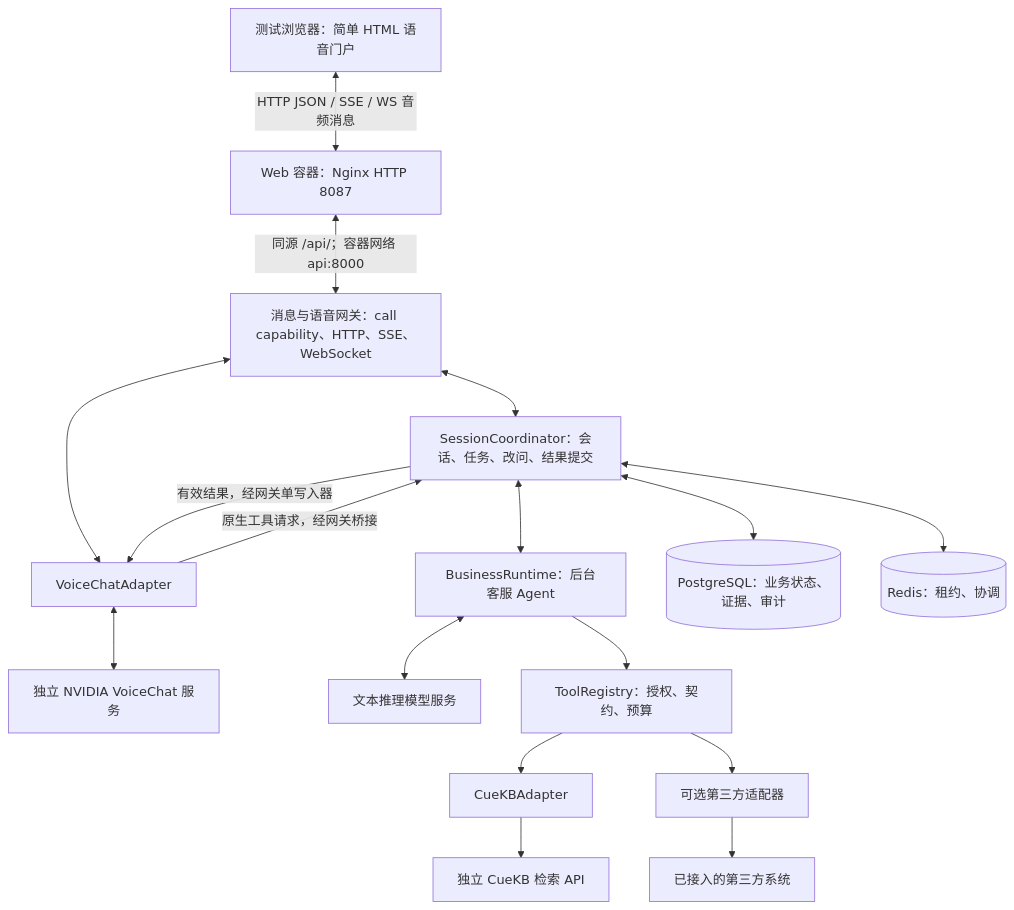
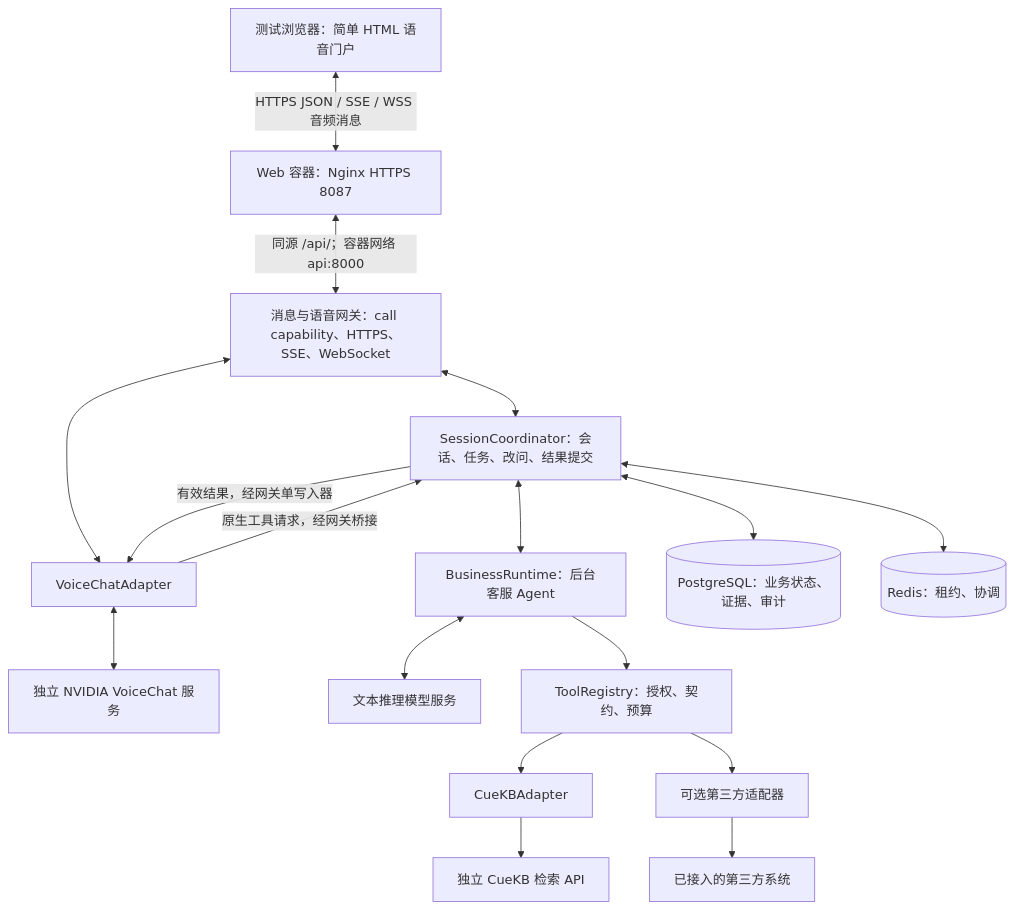
One commit to ttonghao-thao/voice-service-agent changed the diagram in docs/architecture.md. Above: the diagram before and after it, drawn with Mermaid. The commit also changed other lines of this file and 15 other files, not shown here.

````diff
--- a/docs/architecture.md
+++ b/docs/architecture.md
@@ -20,32 +20,32 @@
 ```mermaid
 flowchart TB
     U[测试浏览器：简单 HTML 语音门户]
-    W[Web 容器：Nginx HTTP 8087]
-    G[消息与语音网关：call capability、HTTP、SSE、WebSocket]
+    W[Web 容器：Nginx HTTPS 8087]
+    G[消息与语音网关：call capability、HTTPS、SSE、WebSocket]
     C[SessionCoordinator：会话、任务、改问、结果提交]
     V[VoiceChatAdapter]
     N[独立 NVIDIA VoiceChat 服务]
     B[BusinessRuntime：后台客服 Agent]
     L[文本推理模型服务]
     T[ToolRegistry：授权、契约、预算]
     K[CueKBAdapter]
     Q[独立 CueKB 检索 API]
     X[可选第三方适配器]
     E[已接入的第三方系统]
     S[(PostgreSQL：业务状态、证据、审计)]
     R[(Redis：租约、协调)]
-    U <-->|HTTP JSON / SSE / WS 音频消息| W
+    U <-->|HTTPS JSON / SSE / WSS 音频消息| W
     W <-->|同源 /api/；容器网络 api:8000| G
     G <--> C
     G <--> V
     V <--> N
     V -->|原生工具请求，经网关桥接| C
     C <--> B
     B <--> L
     B --> T
     T --> K --> Q
     T --> X --> E
     C -->|有效结果，经网关单写入器| V
     C <--> S
     C <--> R
 ```
````
